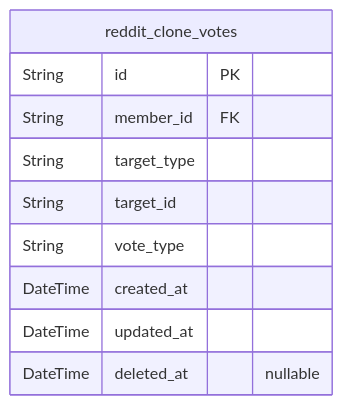
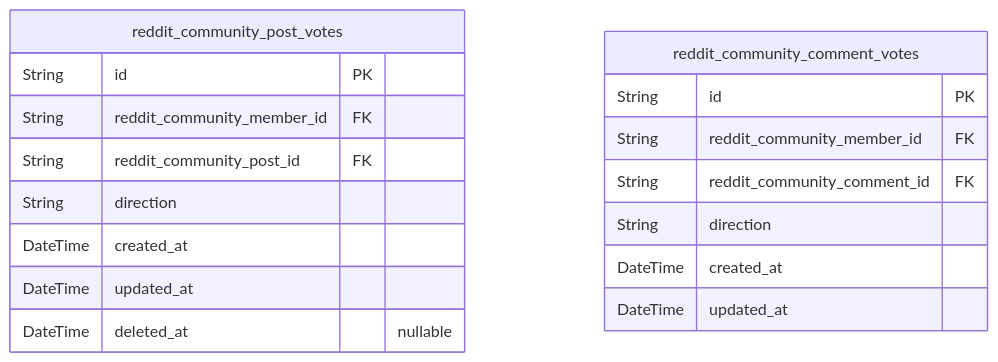
One commit to wrtnlabs/autobe-examples changed the fifth of 6 diagrams in qwen/qwen3.5-397b-a17b/reddit/docs/ERD.md. Above: the diagram before and after it, drawn with Mermaid. The commit also changed other lines of this file and 9017 other files, not shown here.

````diff
--- a/qwen/qwen3.5-397b-a17b/reddit/docs/ERD.md
+++ b/qwen/qwen3.5-397b-a17b/reddit/docs/ERD.md
@@ -649,13 +549,20 @@
 ```mermaid
 erDiagram
-"reddit_clone_votes" {
+"reddit_community_post_votes" {
   String id PK
-  String member_id FK
-  String target_type
-  String target_id
-  String vote_type
+  String reddit_community_member_id FK
+  String reddit_community_post_id FK
+  String direction
   DateTime created_at
   DateTime updated_at
   DateTime deleted_at "nullable"
 }
+"reddit_community_comment_votes" {
+  String id PK
+  String reddit_community_member_id FK
+  String reddit_community_comment_id FK
+  String direction
+  DateTime created_at
+  DateTime updated_at
+}
 ```
````
